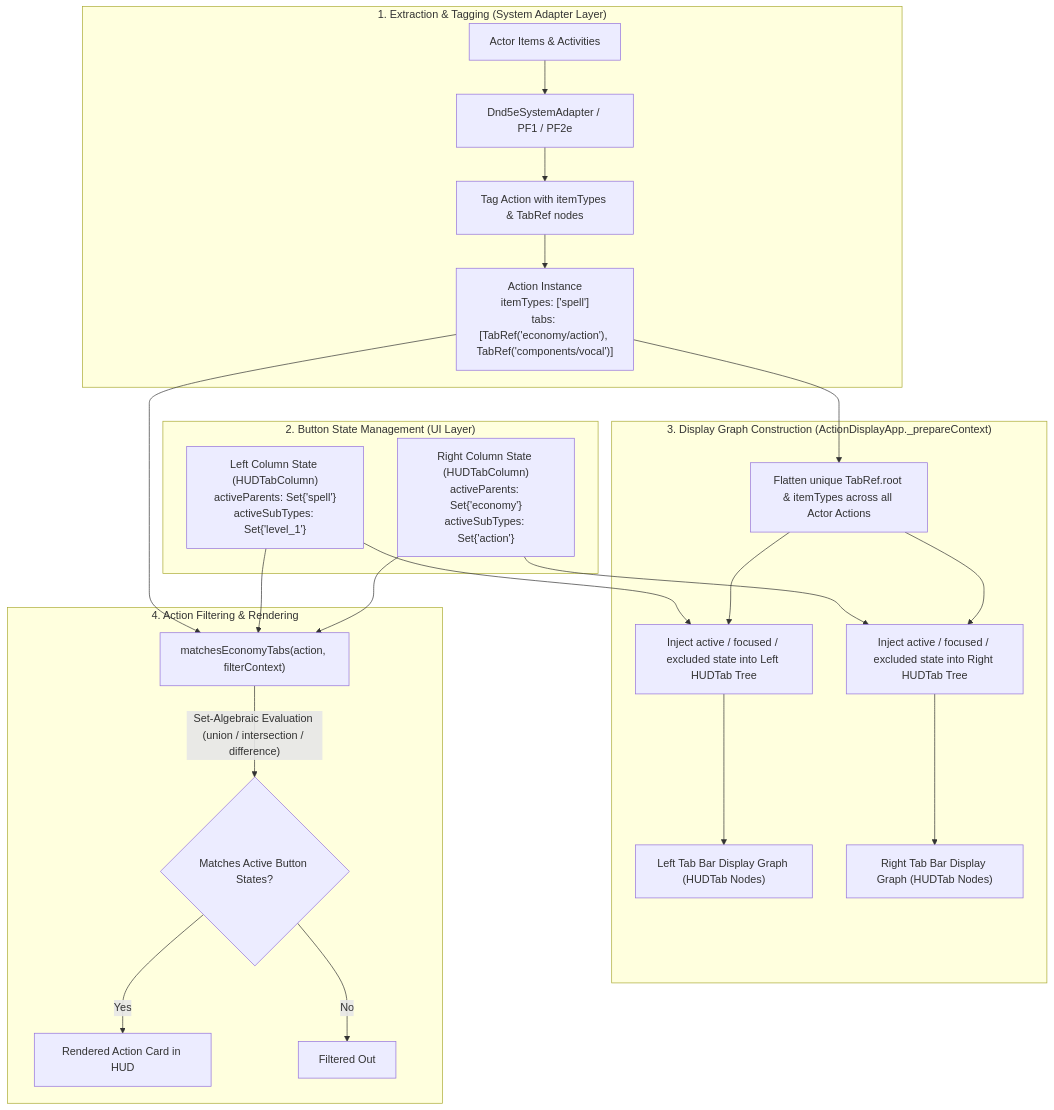
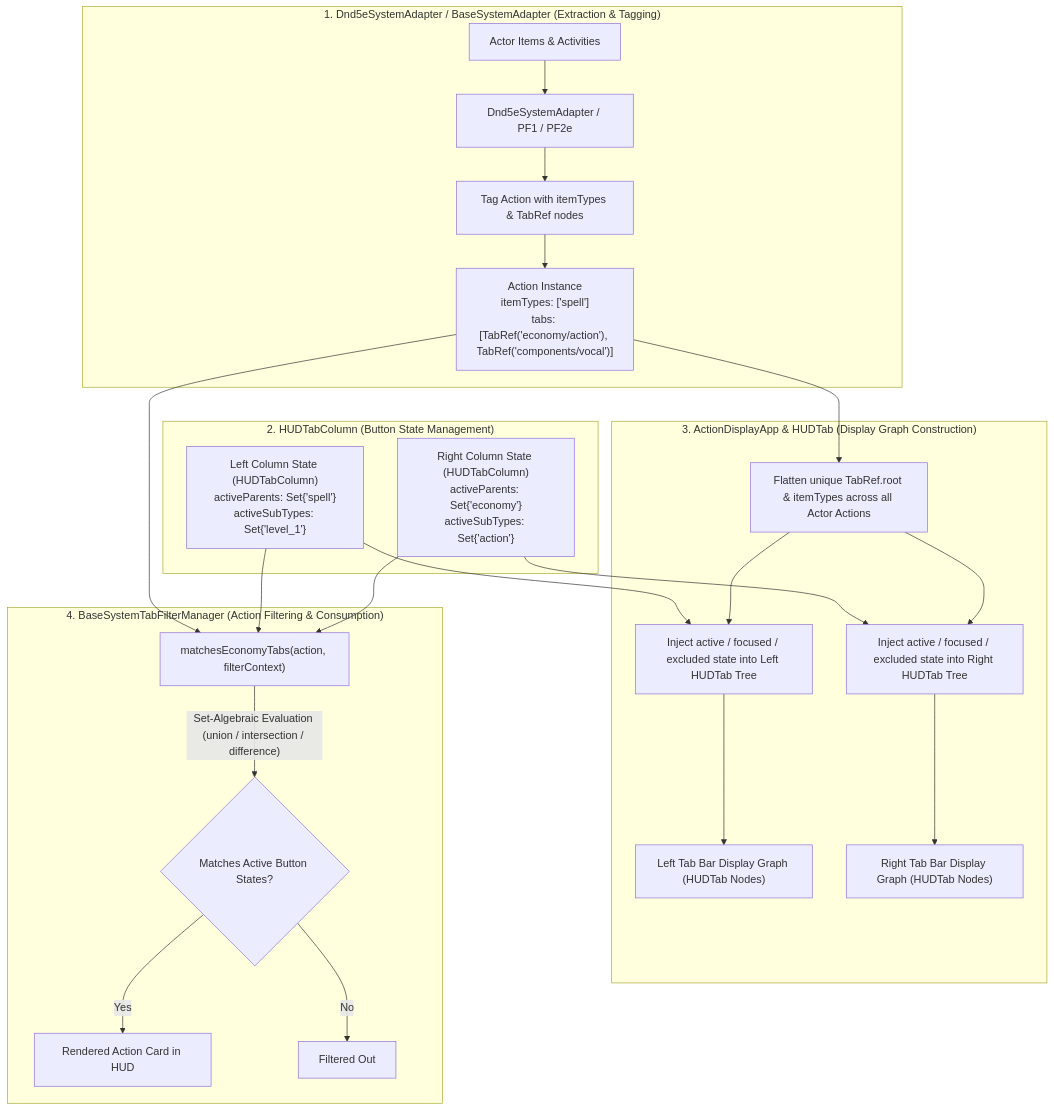
The second of 4 diagrams in docs/architecture_guide.md (aljames-arctic/bakana-action-display), drawn with Mermaid before and after one commit.

Commit message:
docs: name flowchart subgraphs in Section 2.2 with their primary class names

````diff
--- a/docs/architecture_guide.md
+++ b/docs/architecture_guide.md
@@ -278,32 +278,32 @@
 ```mermaid
 flowchart TB
-    subgraph EXTRACTION ["1. Extraction & Tagging (System Adapter Layer)"]
+    subgraph ADAPTER ["1. Dnd5eSystemAdapter / BaseSystemAdapter (Extraction & Tagging)"]
         A["Actor Items & Activities"] --> B["Dnd5eSystemAdapter / PF1 / PF2e"]
         B --> C["Tag Action with itemTypes & TabRef nodes"]
         C --> D["Action Instance<br/>itemTypes: ['spell']<br/>tabs: [TabRef('economy/action'), TabRef('components/vocal')]"]
     end
 
-    subgraph STATE ["2. Button State Management (UI Layer)"]
+    subgraph COLUMN ["2. HUDTabColumn (Button State Management)"]
         E["Left Column State (HUDTabColumn)<br/>activeParents: Set{'spell'}<br/>activeSubTypes: Set{'level_1'}"]
         F["Right Column State (HUDTabColumn)<br/>activeParents: Set{'economy'}<br/>activeSubTypes: Set{'action'}"]
     end
 
-    subgraph GRAPH ["3. Display Graph Construction (ActionDisplayApp._prepareContext)"]
+    subgraph APP ["3. ActionDisplayApp & HUDTab (Display Graph Construction)"]
         D --> G["Flatten unique TabRef.root & itemTypes across all Actor Actions"]
         E --> H["Inject active / focused / excluded state into Left HUDTab Tree"]
         F --> I["Inject active / focused / excluded state into Right HUDTab Tree"]
         G --> H
         G --> I
         H --> J["Left Tab Bar Display Graph (HUDTab Nodes)"]
         I --> K["Right Tab Bar Display Graph (HUDTab Nodes)"]
     end
 
-    subgraph CONSUMPTION ["4. Action Filtering & Rendering"]
+    subgraph FILTER ["4. BaseSystemTabFilterManager (Action Filtering & Consumption)"]
         D --> L["matchesEconomyTabs(action, filterContext)"]
         E --> L
         F --> L
         L -- "Set-Algebraic Evaluation (union / intersection / difference)" --> M{"Matches Active Button States?"}
         M -- Yes --> N["Rendered Action Card in HUD"]
         M -- No --> O["Filtered Out"]
     end
 ```
````
